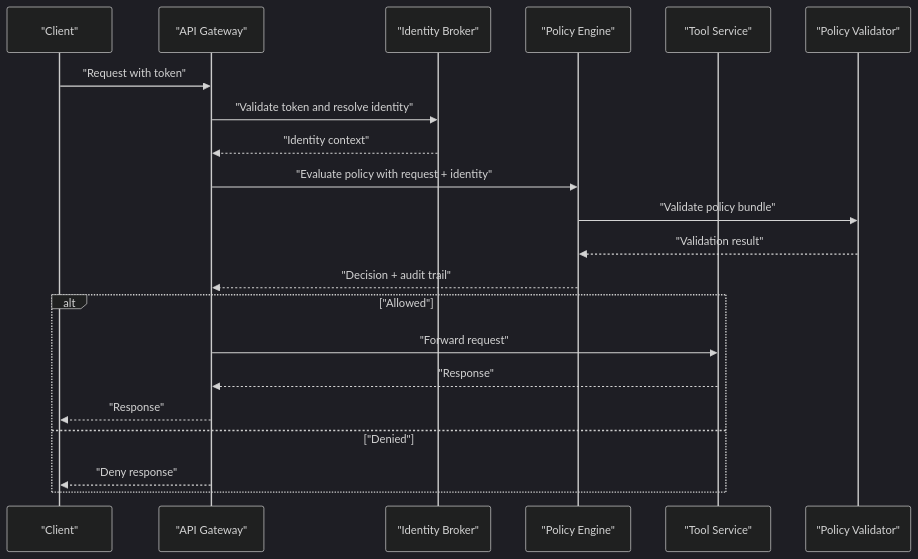
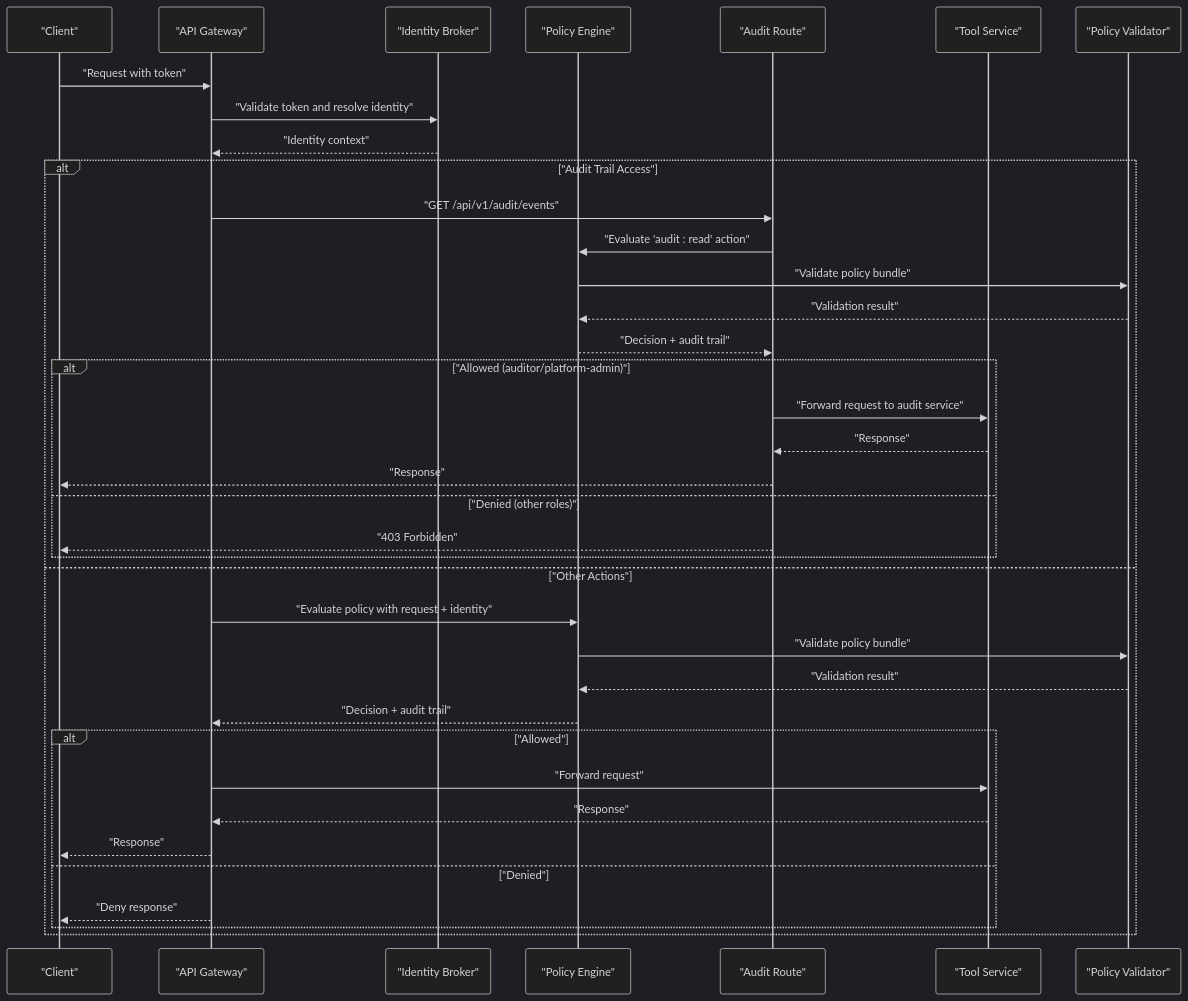
One commit to metasync/luban-aiops changed the second of 5 diagrams in .qoder/repowiki/en/content/Policy Management/Policy Management.md. Above: the diagram before and after it, drawn with Mermaid (dark theme). The commit also changed other lines of this file and 48 other files, not shown here.

First line of the commit message:
docs: refresh repowiki knowledge cache for audit-service product

````diff
--- a/.qoder/repowiki/en/content/Policy Management/Policy Management.md
+++ b/.qoder/repowiki/en/content/Policy Management/Policy Management.md
@@ -168,23 +186,39 @@
 ```mermaid
 sequenceDiagram
 participant Client as "Client"
 participant Gateway as "API Gateway"
 participant Identity as "Identity Broker"
 participant Engine as "Policy Engine"
+participant AuditRoute as "Audit Route"
 participant Tool as "Tool Service"
 participant Validator as "Policy Validator"
 Client->>Gateway : "Request with token"
 Gateway->>Identity : "Validate token and resolve identity"
 Identity-->>Gateway : "Identity context"
+alt "Audit Trail Access"
+Gateway->>AuditRoute : "GET /api/v1/audit/events"
+AuditRoute->>Engine : "Evaluate 'audit : read' action"
+Engine->>Validator : "Validate policy bundle"
+Validator-->>Engine : "Validation result"
+Engine-->>AuditRoute : "Decision + audit trail"
+alt "Allowed (auditor/platform-admin)"
+AuditRoute->>Tool : "Forward request to audit service"
+Tool-->>AuditRoute : "Response"
+AuditRoute-->>Client : "Response"
+else "Denied (other roles)"
+AuditRoute-->>Client : "403 Forbidden"
+end
+else "Other Actions"
 Gateway->>Engine : "Evaluate policy with request + identity"
 Engine->>Validator : "Validate policy bundle"
 Validator-->>Engine : "Validation result"
 Engine-->>Gateway : "Decision + audit trail"
 alt "Allowed"
 Gateway->>Tool : "Forward request"
 Tool-->>Gateway : "Response"
 Gateway-->>Client : "Response"
 else "Denied"
 Gateway-->>Client : "Deny response"
 end
+end
 ```
````
